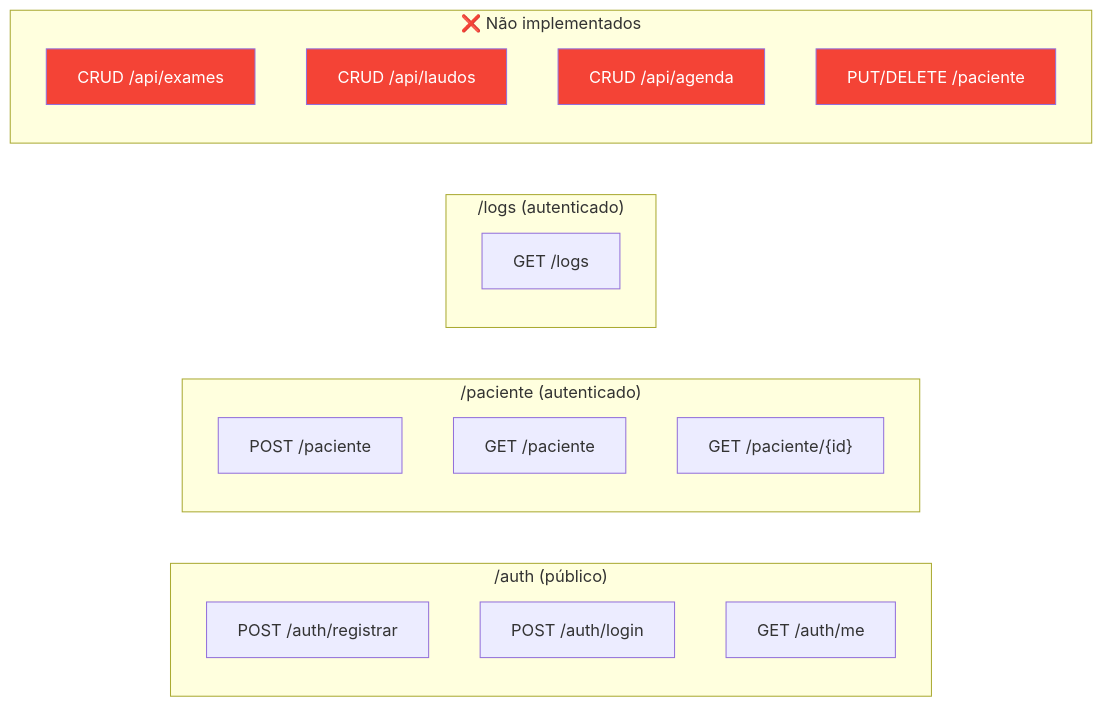
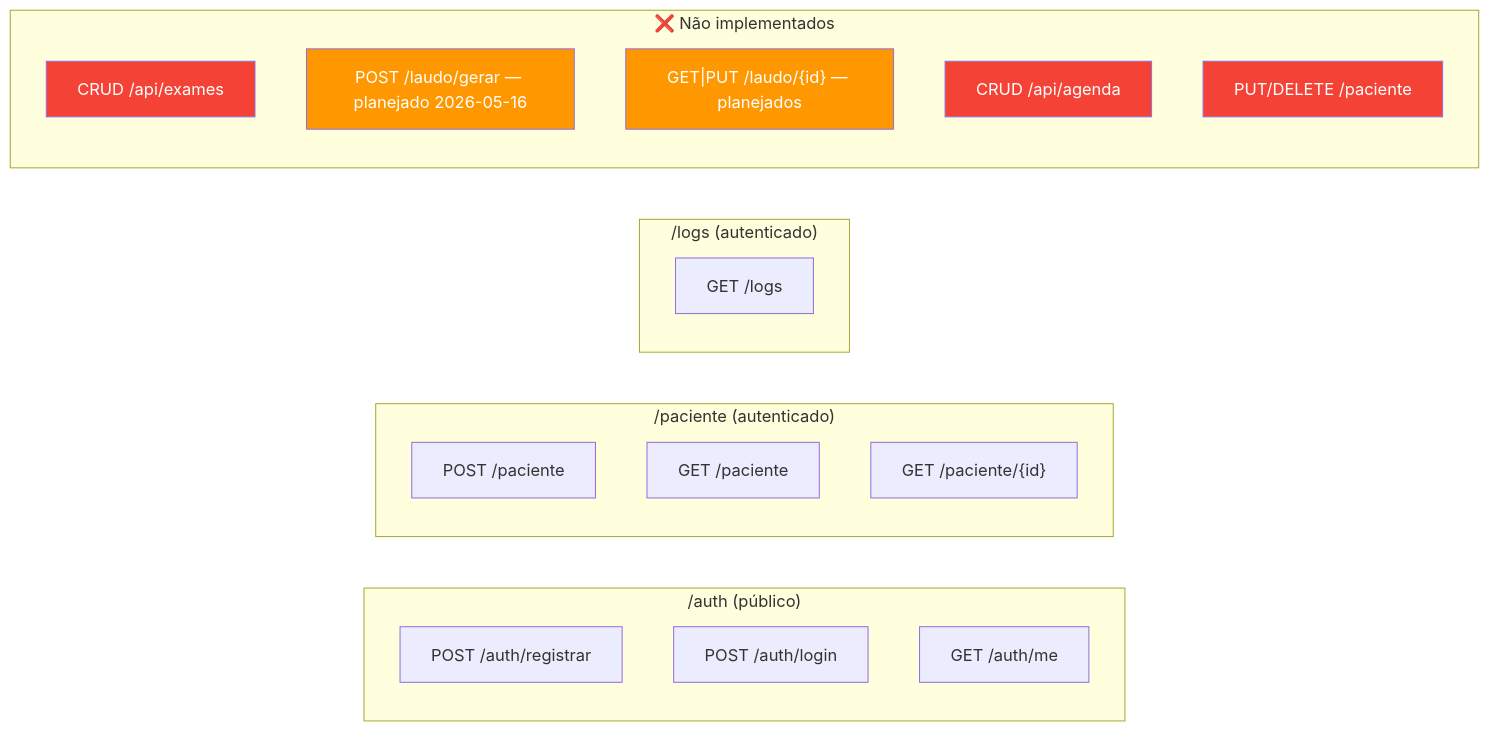
The first of 4 diagrams in wiki/concepts/api-endpoints.md (RyanAguiiarr/Tila_Brain), drawn with Mermaid before and after one commit. The commit also changed other lines of this file and 8 other files, not shown here.

````diff
--- a/wiki/concepts/api-endpoints.md
+++ b/wiki/concepts/api-endpoints.md
@@ -41,30 +41,32 @@
 ```mermaid
 graph LR
     subgraph "/auth (público)"
         A["POST /auth/registrar"]
         B["POST /auth/login"]
         C["GET /auth/me"]
     end
 
     subgraph "/paciente (autenticado)"
         D["POST /paciente"]
         E["GET /paciente"]
         F["GET /paciente/{id}"]
     end
 
     subgraph "/logs (autenticado)"
         G["GET /logs"]
     end
 
     subgraph "❌ Não implementados"
         H["CRUD /api/exames"]
-        I["CRUD /api/laudos"]
+        I["POST /laudo/gerar — planejado 2026-05-16"]
+        I2["GET|PUT /laudo/{id} — planejados"]
         J["CRUD /api/agenda"]
         K["PUT/DELETE /paciente"]
     end
 
     style H fill:#f44336,color:#fff
-    style I fill:#f44336,color:#fff
+    style I fill:#FF9800,color:#fff
+    style I2 fill:#FF9800,color:#fff
     style J fill:#f44336,color:#fff
     style K fill:#f44336,color:#fff
 ```
````
